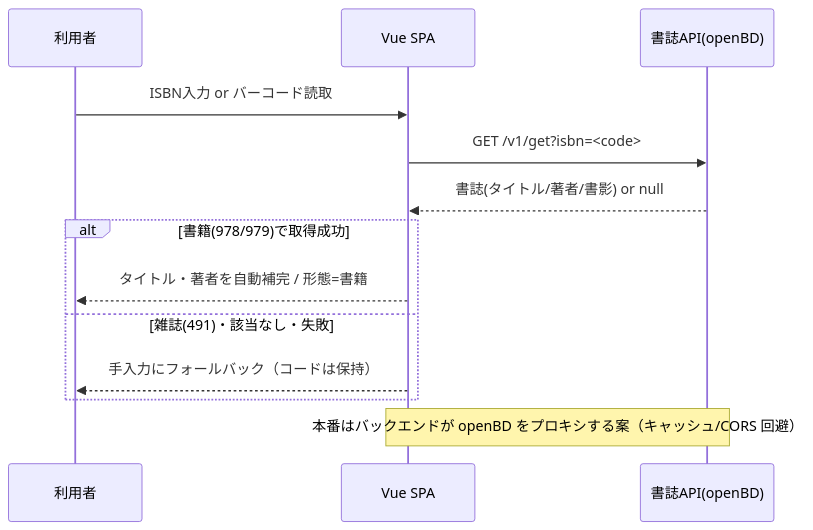
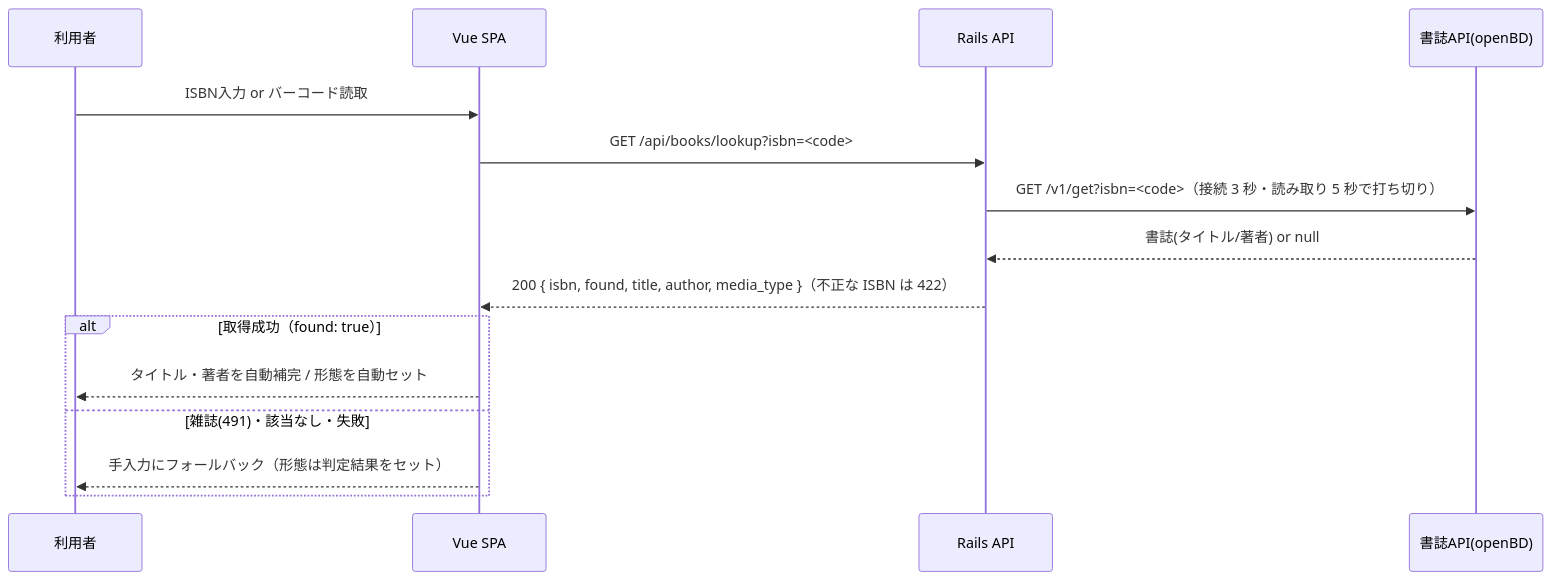
Before and after one commit to adamaru-code/reading-board: the seventh of 7 diagrams in docs/basic-design.md, drawn with Mermaid. The commit also changed other lines of this file and 7 other files, not shown here.

````diff
--- a/docs/basic-design.md
+++ b/docs/basic-design.md
@@ -206,15 +219,17 @@
 ```mermaid
 sequenceDiagram
     participant U as 利用者
     participant V as Vue SPA
+    participant R as Rails API
     participant O as 書誌API(openBD)
     U->>V: ISBN入力 or バーコード読取
-    V->>O: GET /v1/get?isbn=<code>
-    O-->>V: 書誌(タイトル/著者/書影) or null
-    alt 書籍(978/979)で取得成功
-        V-->>U: タイトル・著者を自動補完 / 形態=書籍
+    V->>R: GET /api/books/lookup?isbn=<code>
+    R->>O: GET /v1/get?isbn=<code>（接続 3 秒・読み取り 5 秒で打ち切り）
+    O-->>R: 書誌(タイトル/著者) or null
+    R-->>V: 200 { isbn, found, title, author, media_type }（不正な ISBN は 422）
+    alt 取得成功（found: true）
+        V-->>U: タイトル・著者を自動補完 / 形態を自動セット
     else 雑誌(491)・該当なし・失敗
-        V-->>U: 手入力にフォールバック（コードは保持）
+        V-->>U: 手入力にフォールバック（形態は判定結果をセット）
     end
-    Note over V,O: 本番はバックエンドが openBD をプロキシする案（キャッシュ/CORS 回避）
 ```
````
